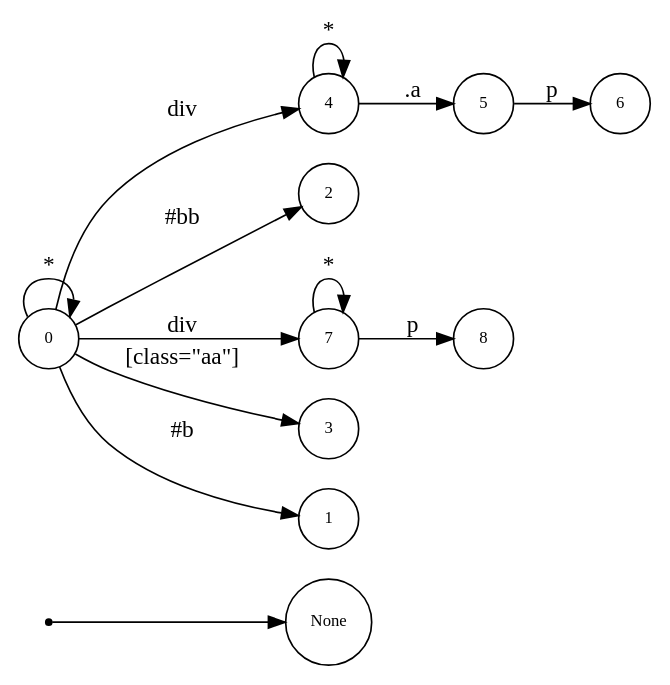
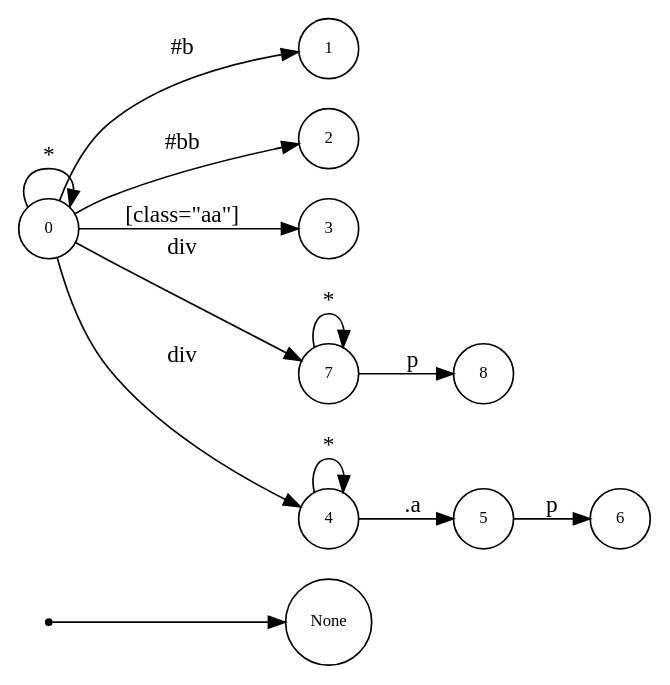
The diagram in css-gen-op/testcase/dot_quad.dot (asukaminato0721/css-bitvector-compiler), drawn with Graphviz before and after one commit. The commit also changed other lines of this file and 10 other files, not shown here.

```diff
--- a/css-gen-op/testcase/dot_quad.dot
+++ b/css-gen-op/testcase/dot_quad.dot
@@ -1,27 +1,27 @@
 digraph NFA {
   rankdir=LR;
   node [shape=circle, fontsize=10];
   __start [shape=point, label=""];
   __start -> None;
+  1 [label="1"];
+  2 [label="2"];
+  0 [label="0"];
+  5 [label="5"];
   8 [label="8"];
+  6 [label="6"];
+  3 [label="3"];
+  7 [label="7"];
   4 [label="4"];
-  6 [label="6"];
-  0 [label="0"];
-  2 [label="2"];
-  7 [label="7"];
-  3 [label="3"];
-  5 [label="5"];
-  1 [label="1"];
   { node [shape=doublecircle]; 1 2 3 6 8 }
   0 -> 0 [label="*"];
   0 -> 1 [label="#b"];
   0 -> 2 [label="#bb"];
   0 -> 3 [label="[class=\"aa\"]"];
   0 -> 4 [label="div"];
   4 -> 4 [label="*"];
   4 -> 5 [label=".a"];
   5 -> 6 [label="p"];
   0 -> 7 [label="div"];
   7 -> 7 [label="*"];
   7 -> 8 [label="p"];
 }
```
